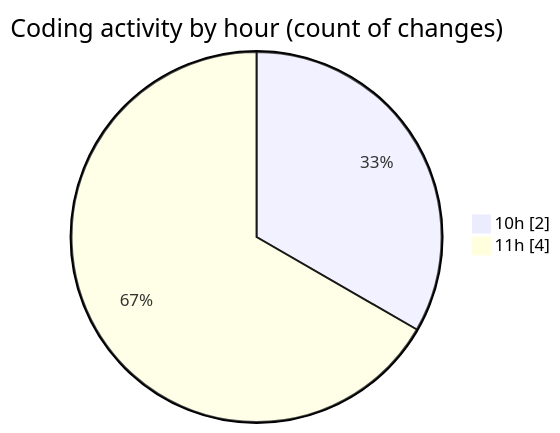
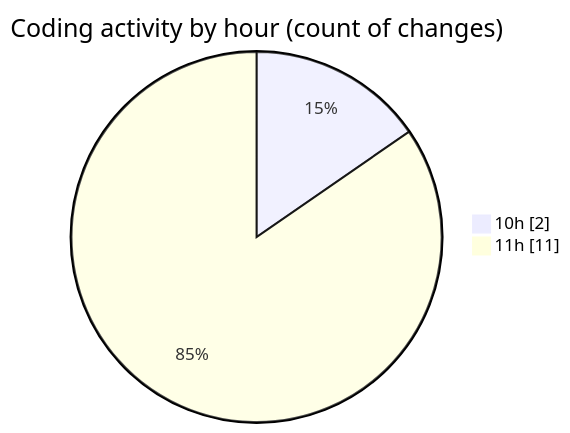
Before and after one commit to nxtqubesakshisongat/code-tracking: the second of 2 diagrams in 2025-07-31/nxtqube_webapp/README.md, drawn with Mermaid. The commit also changed other lines of this file and 1 other file, not shown here.

````diff
--- a/2025-07-31/nxtqube_webapp/README.md
+++ b/2025-07-31/nxtqube_webapp/README.md
@@ -33,6 +35,6 @@
 ```mermaid
 pie showData
 title Coding activity by hour (count of changes)
 "10h" : 2
-"11h" : 4
+"11h" : 11
 ```
````
